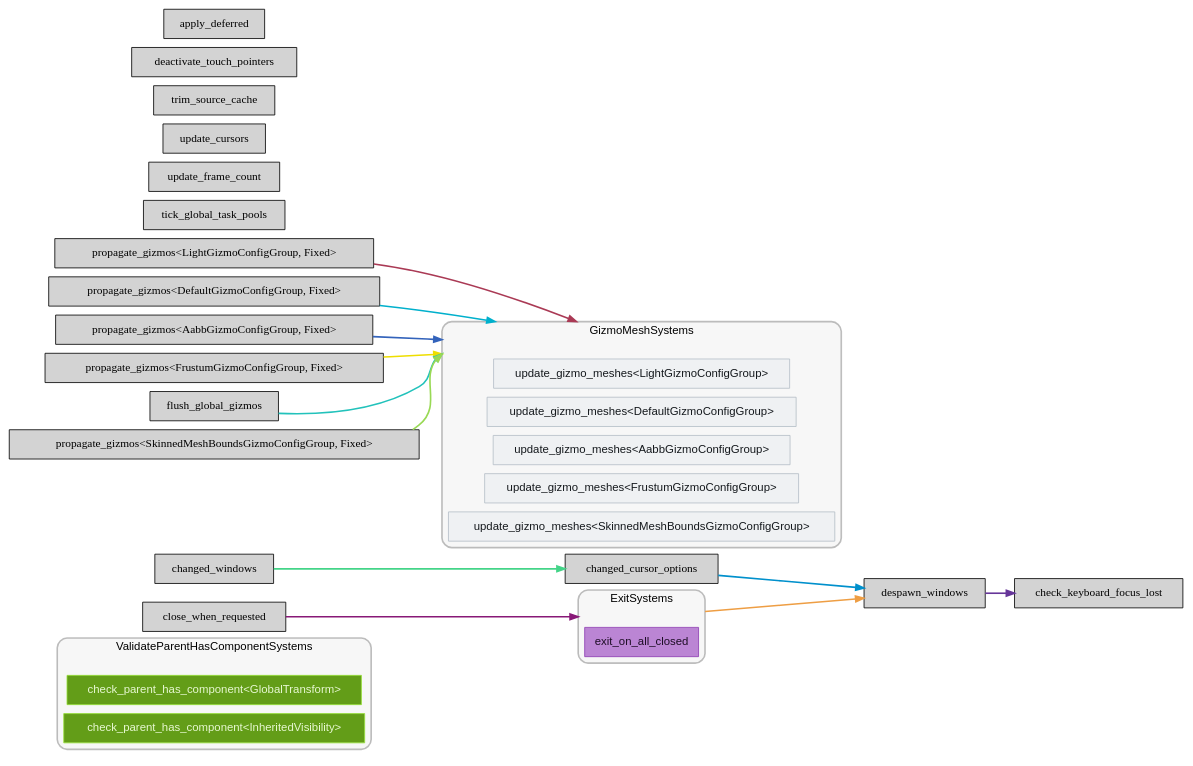
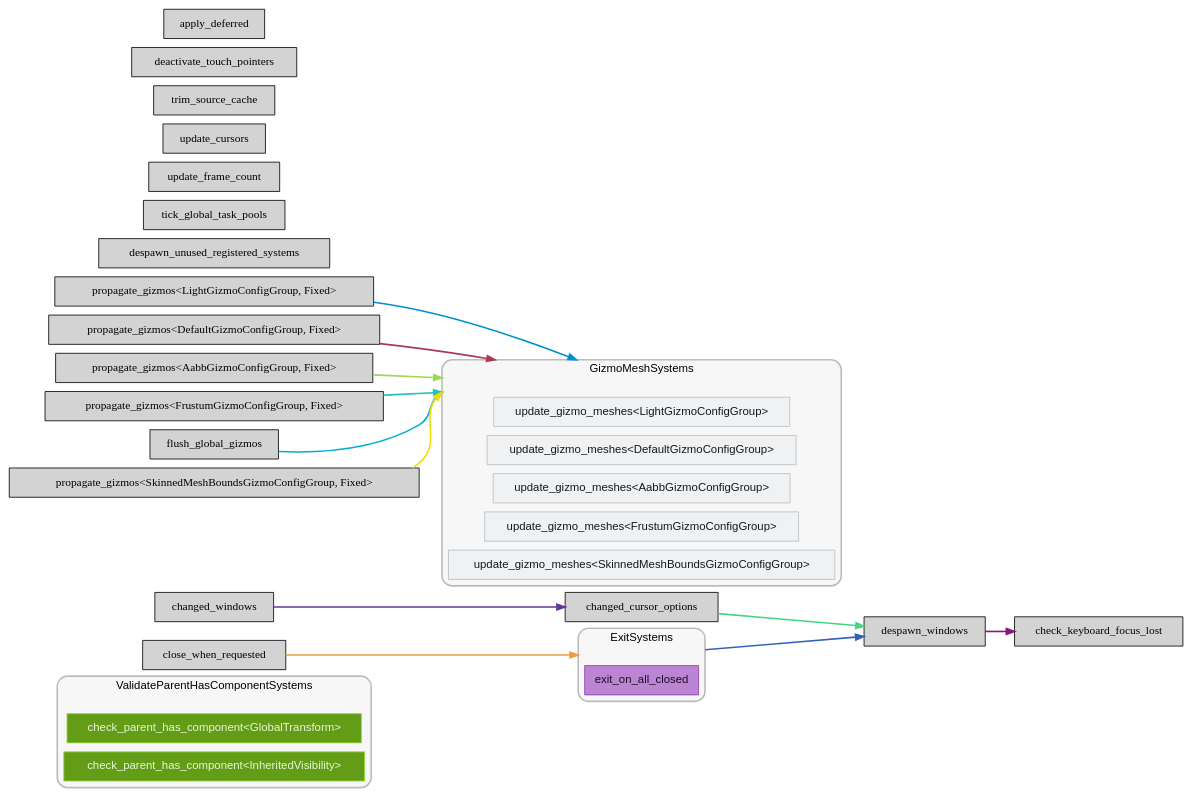
The diagram in docs/schedule/light/schedule_Last.dot (jakobhellermann/bevy_mod_debugdump), drawn with Graphviz before and after one commit. The commit also changed 55 other files, not shown here.

```diff
--- a/docs/schedule/light/schedule_Last.dot
+++ b/docs/schedule/light/schedule_Last.dot
@@ -7,7 +7,7 @@
 	"nodesep"="0.15";
 	edge ["penwidth"="2"];
 	node ["shape"="box", "style"="filled"];
-	subgraph "clusternode_Set(SystemSetKey(4v1))" {
+	subgraph "clusternode_Set(SystemSetKey(5v1))" {
 		"style"="rounded,filled";
 		"label"="ValidateParentHasComponentSystems";
 		"tooltip"="ValidateParentHasComponentSystems";
@@ -15,12 +15,12 @@
 		"fontcolor"="#000000";
 		"color"="#00000040";
 		"penwidth"="2";
-		"set_marker_node_Set(SystemSetKey(4v1))" ["style"="invis", "label"="", "shape"="point"]
-		"node_System(SystemKey(3v1))" ["label"="check_parent_has_component<GlobalTransform>", "tooltip"="bevy_app::hierarchy::check_parent_has_component<bevy_transform::components::global_transform::GlobalTransform>", "fillcolor"="#639d18", "fontname"="Helvetica", "fontcolor"="#e7f8d2", "color"="#98e03a", "penwidth"="1"]
-		"node_System(SystemKey(11v1))" ["label"="check_parent_has_component<InheritedVisibility>", "tooltip"="bevy_app::hierarchy::check_parent_has_component<bevy_camera::visibility::InheritedVisibility>", "fillcolor"="#639d18", "fontname"="Helvetica", "fontcolor"="#e7f8d2", "color"="#98e03a", "penwidth"="1"]
+		"set_marker_node_Set(SystemSetKey(5v1))" ["style"="invis", "label"="", "shape"="point"]
+		"node_System(SystemKey(4v1))" ["label"="check_parent_has_component<GlobalTransform>", "tooltip"="bevy_app::hierarchy::check_parent_has_component<bevy_transform::components::global_transform::GlobalTransform>", "fillcolor"="#639d18", "fontname"="Helvetica", "fontcolor"="#e7f8d2", "color"="#98e03a", "penwidth"="1"]
+		"node_System(SystemKey(12v1))" ["label"="check_parent_has_component<InheritedVisibility>", "tooltip"="bevy_app::hierarchy::check_parent_has_component<bevy_camera::visibility::InheritedVisibility>", "fillcolor"="#639d18", "fontname"="Helvetica", "fontcolor"="#e7f8d2", "color"="#98e03a", "penwidth"="1"]
 	}
 	
-	subgraph "clusternode_Set(SystemSetKey(6v1))" {
+	subgraph "clusternode_Set(SystemSetKey(7v1))" {
 		"style"="rounded,filled";
 		"label"="ExitSystems";
 		"tooltip"="ExitSystems";
@@ -28,11 +28,11 @@
 		"fontcolor"="#000000";
 		"color"="#00000040";
 		"penwidth"="2";
-		"set_marker_node_Set(SystemSetKey(6v1))" ["style"="invis", "label"="", "shape"="point"]
-		"node_System(SystemKey(4v1))" ["label"="exit_on_all_closed", "tooltip"="bevy_window::system::exit_on_all_closed", "fillcolor"="#bb85d4", "fontname"="Helvetica", "fontcolor"="#1d0d25", "color"="#8e3fb3", "penwidth"="1"]
+		"set_marker_node_Set(SystemSetKey(7v1))" ["style"="invis", "label"="", "shape"="point"]
+		"node_System(SystemKey(5v1))" ["label"="exit_on_all_closed", "tooltip"="bevy_window::system::exit_on_all_closed", "fillcolor"="#bb85d4", "fontname"="Helvetica", "fontcolor"="#1d0d25", "color"="#8e3fb3", "penwidth"="1"]
 	}
 	
-	subgraph "clusternode_Set(SystemSetKey(15v1))" {
+	subgraph "clusternode_Set(SystemSetKey(16v1))" {
 		"style"="rounded,filled";
 		"label"="GizmoMeshSystems";
 		"tooltip"="GizmoMeshSystems";
@@ -40,40 +40,41 @@
 		"fontcolor"="#000000";
 		"color"="#00000040";
 		"penwidth"="2";
-		"set_marker_node_Set(SystemSetKey(15v1))" ["style"="invis", "label"="", "shape"="point"]
-		"node_System(SystemKey(13v1))" ["label"="update_gizmo_meshes<LightGizmoConfigGroup>", "tooltip"="bevy_gizmos::update_gizmo_meshes<bevy_light::gizmos::LightGizmoConfigGroup>", "fillcolor"="#eff1f3", "fontname"="Helvetica", "fontcolor"="#15191d", "color"="#b4bec7", "penwidth"="1"]
-		"node_System(SystemKey(16v1))" ["label"="update_gizmo_meshes<DefaultGizmoConfigGroup>", "tooltip"="bevy_gizmos::update_gizmo_meshes<bevy_gizmos::config::DefaultGizmoConfigGroup>", "fillcolor"="#eff1f3", "fontname"="Helvetica", "fontcolor"="#15191d", "color"="#b4bec7", "penwidth"="1"]
-		"node_System(SystemKey(18v1))" ["label"="update_gizmo_meshes<AabbGizmoConfigGroup>", "tooltip"="bevy_gizmos::update_gizmo_meshes<bevy_gizmos::aabb::AabbGizmoConfigGroup>", "fillcolor"="#eff1f3", "fontname"="Helvetica", "fontcolor"="#15191d", "color"="#b4bec7", "penwidth"="1"]
-		"node_System(SystemKey(20v1))" ["label"="update_gizmo_meshes<FrustumGizmoConfigGroup>", "tooltip"="bevy_gizmos::update_gizmo_meshes<bevy_gizmos::frustum::FrustumGizmoConfigGroup>", "fillcolor"="#eff1f3", "fontname"="Helvetica", "fontcolor"="#15191d", "color"="#b4bec7", "penwidth"="1"]
-		"node_System(SystemKey(23v1))" ["label"="update_gizmo_meshes<SkinnedMeshBoundsGizmoConfigGroup>", "tooltip"="bevy_gizmos::update_gizmo_meshes<bevy_gizmos::skinned_mesh_bounds::SkinnedMeshBoundsGizmoConfigGroup>", "fillcolor"="#eff1f3", "fontname"="Helvetica", "fontcolor"="#15191d", "color"="#b4bec7", "penwidth"="1"]
+		"set_marker_node_Set(SystemSetKey(16v1))" ["style"="invis", "label"="", "shape"="point"]
+		"node_System(SystemKey(14v1))" ["label"="update_gizmo_meshes<LightGizmoConfigGroup>", "tooltip"="bevy_gizmos::update_gizmo_meshes<bevy_light::gizmos::LightGizmoConfigGroup>", "fillcolor"="#eff1f3", "fontname"="Helvetica", "fontcolor"="#15191d", "color"="#b4bec7", "penwidth"="1"]
+		"node_System(SystemKey(17v1))" ["label"="update_gizmo_meshes<DefaultGizmoConfigGroup>", "tooltip"="bevy_gizmos::update_gizmo_meshes<bevy_gizmos::config::DefaultGizmoConfigGroup>", "fillcolor"="#eff1f3", "fontname"="Helvetica", "fontcolor"="#15191d", "color"="#b4bec7", "penwidth"="1"]
+		"node_System(SystemKey(19v1))" ["label"="update_gizmo_meshes<AabbGizmoConfigGroup>", "tooltip"="bevy_gizmos::update_gizmo_meshes<bevy_gizmos::aabb::AabbGizmoConfigGroup>", "fillcolor"="#eff1f3", "fontname"="Helvetica", "fontcolor"="#15191d", "color"="#b4bec7", "penwidth"="1"]
+		"node_System(SystemKey(21v1))" ["label"="update_gizmo_meshes<FrustumGizmoConfigGroup>", "tooltip"="bevy_gizmos::update_gizmo_meshes<bevy_gizmos::frustum::FrustumGizmoConfigGroup>", "fillcolor"="#eff1f3", "fontname"="Helvetica", "fontcolor"="#15191d", "color"="#b4bec7", "penwidth"="1"]
+		"node_System(SystemKey(24v1))" ["label"="update_gizmo_meshes<SkinnedMeshBoundsGizmoConfigGroup>", "tooltip"="bevy_gizmos::update_gizmo_meshes<bevy_gizmos::skinned_mesh_bounds::SkinnedMeshBoundsGizmoConfigGroup>", "fillcolor"="#eff1f3", "fontname"="Helvetica", "fontcolor"="#15191d", "color"="#b4bec7", "penwidth"="1"]
 	}
 	
-	"node_System(SystemKey(1v1))" ["label"="tick_global_task_pools", "tooltip"="bevy_app::task_pool_plugin::tick_global_task_pools"]
-	"node_System(SystemKey(2v1))" ["label"="update_frame_count", "tooltip"="bevy_diagnostic::frame_count::update_frame_count"]
-	"node_System(SystemKey(5v1))" ["label"="close_when_requested", "tooltip"="bevy_window::system::close_when_requested"]
-	"node_System(SystemKey(6v1))" ["label"="changed_windows", "tooltip"="bevy_winit::system::changed_windows"]
-	"node_System(SystemKey(7v1))" ["label"="changed_cursor_options", "tooltip"="bevy_winit::system::changed_cursor_options"]
-	"node_System(SystemKey(8v1))" ["label"="despawn_windows", "tooltip"="bevy_winit::system::despawn_windows"]
-	"node_System(SystemKey(9v1))" ["label"="check_keyboard_focus_lost", "tooltip"="bevy_winit::system::check_keyboard_focus_lost"]
-	"node_System(SystemKey(10v1))" ["label"="update_cursors", "tooltip"="bevy_winit::cursor::update_cursors"]
-	"node_System(SystemKey(12v1))" ["label"="propagate_gizmos<LightGizmoConfigGroup, Fixed>", "tooltip"="bevy_gizmos::propagate_gizmos<bevy_light::gizmos::LightGizmoConfigGroup, bevy_time::fixed::Fixed>"]
-	"node_System(SystemKey(14v1))" ["label"="trim_source_cache", "tooltip"="bevy_text::pipeline::trim_source_cache"]
-	"node_System(SystemKey(15v1))" ["label"="propagate_gizmos<DefaultGizmoConfigGroup, Fixed>", "tooltip"="bevy_gizmos::propagate_gizmos<bevy_gizmos::config::DefaultGizmoConfigGroup, bevy_time::fixed::Fixed>"]
-	"node_System(SystemKey(17v1))" ["label"="propagate_gizmos<AabbGizmoConfigGroup, Fixed>", "tooltip"="bevy_gizmos::propagate_gizmos<bevy_gizmos::aabb::AabbGizmoConfigGroup, bevy_time::fixed::Fixed>"]
-	"node_System(SystemKey(19v1))" ["label"="propagate_gizmos<FrustumGizmoConfigGroup, Fixed>", "tooltip"="bevy_gizmos::propagate_gizmos<bevy_gizmos::frustum::FrustumGizmoConfigGroup, bevy_time::fixed::Fixed>"]
-	"node_System(SystemKey(21v1))" ["label"="flush_global_gizmos", "tooltip"="bevy_gizmos::global::flush_global_gizmos"]
-	"node_System(SystemKey(22v1))" ["label"="propagate_gizmos<SkinnedMeshBoundsGizmoConfigGroup, Fixed>", "tooltip"="bevy_gizmos::propagate_gizmos<bevy_gizmos::skinned_mesh_bounds::SkinnedMeshBoundsGizmoConfigGroup, bevy_time::fixed::Fixed>"]
-	"node_System(SystemKey(24v1))" ["label"="deactivate_touch_pointers", "tooltip"="bevy_picking::input::deactivate_touch_pointers"]
-	"node_System(SystemKey(25v1))" ["label"="apply_deferred", "tooltip"="bevy_ecs::apply_deferred"]
-	"node_System(SystemKey(19v1))" -> "set_marker_node_Set(SystemSetKey(15v1))" ["lhead"="clusternode_Set(SystemSetKey(15v1))", "ltail"="", "tooltip"="propagate_gizmos<FrustumGizmoConfigGroup, Fixed> → GizmoMeshSystems", "color"="#eede00"]
-	"node_System(SystemKey(5v1))" -> "set_marker_node_Set(SystemSetKey(6v1))" ["lhead"="clusternode_Set(SystemSetKey(6v1))", "ltail"="", "tooltip"="close_when_requested → ExitSystems", "color"="#881877"]
-	"node_System(SystemKey(15v1))" -> "set_marker_node_Set(SystemSetKey(15v1))" ["lhead"="clusternode_Set(SystemSetKey(15v1))", "ltail"="", "tooltip"="propagate_gizmos<DefaultGizmoConfigGroup, Fixed> → GizmoMeshSystems", "color"="#00b0cc"]
-	"node_System(SystemKey(12v1))" -> "set_marker_node_Set(SystemSetKey(15v1))" ["lhead"="clusternode_Set(SystemSetKey(15v1))", "ltail"="", "tooltip"="propagate_gizmos<LightGizmoConfigGroup, Fixed> → GizmoMeshSystems", "color"="#aa3a55"]
-	"node_System(SystemKey(6v1))" -> "node_System(SystemKey(7v1))" ["lhead"="", "ltail"="", "tooltip"="changed_windows → changed_cursor_options", "color"="#44d488"]
-	"node_System(SystemKey(7v1))" -> "node_System(SystemKey(8v1))" ["lhead"="", "ltail"="", "tooltip"="changed_cursor_options → despawn_windows", "color"="#0090cc"]
-	"set_marker_node_Set(SystemSetKey(6v1))" -> "node_System(SystemKey(8v1))" ["lhead"="", "ltail"="clusternode_Set(SystemSetKey(6v1))", "tooltip"="ExitSystems → despawn_windows", "color"="#ee9e44"]
-	"node_System(SystemKey(8v1))" -> "node_System(SystemKey(9v1))" ["lhead"="", "ltail"="", "tooltip"="despawn_windows → check_keyboard_focus_lost", "color"="#663699"]
-	"node_System(SystemKey(17v1))" -> "set_marker_node_Set(SystemSetKey(15v1))" ["lhead"="clusternode_Set(SystemSetKey(15v1))", "ltail"="", "tooltip"="propagate_gizmos<AabbGizmoConfigGroup, Fixed> → GizmoMeshSystems", "color"="#3363bb"]
-	"node_System(SystemKey(21v1))" -> "set_marker_node_Set(SystemSetKey(15v1))" ["lhead"="clusternode_Set(SystemSetKey(15v1))", "ltail"="", "tooltip"="flush_global_gizmos → GizmoMeshSystems", "color"="#22c2bb"]
-	"node_System(SystemKey(22v1))" -> "set_marker_node_Set(SystemSetKey(15v1))" ["lhead"="clusternode_Set(SystemSetKey(15v1))", "ltail"="", "tooltip"="propagate_gizmos<SkinnedMeshBoundsGizmoConfigGroup, Fixed> → GizmoMeshSystems", "color"="#99d955"]
+	"node_System(SystemKey(1v1))" ["label"="despawn_unused_registered_systems", "tooltip"="bevy_ecs::system::system_registry::despawn_unused_registered_systems"]
+	"node_System(SystemKey(2v1))" ["label"="tick_global_task_pools", "tooltip"="bevy_app::task_pool_plugin::tick_global_task_pools"]
+	"node_System(SystemKey(3v1))" ["label"="update_frame_count", "tooltip"="bevy_diagnostic::frame_count::update_frame_count"]
+	"node_System(SystemKey(6v1))" ["label"="close_when_requested", "tooltip"="bevy_window::system::close_when_requested"]
+	"node_System(SystemKey(7v1))" ["label"="changed_windows", "tooltip"="bevy_winit::system::changed_windows"]
+	"node_System(SystemKey(8v1))" ["label"="changed_cursor_options", "tooltip"="bevy_winit::system::changed_cursor_options"]
+	"node_System(SystemKey(9v1))" ["label"="despawn_windows", "tooltip"="bevy_winit::system::despawn_windows"]
+	"node_System(SystemKey(10v1))" ["label"="check_keyboard_focus_lost", "tooltip"="bevy_winit::system::check_keyboard_focus_lost"]
+	"node_System(SystemKey(11v1))" ["label"="update_cursors", "tooltip"="bevy_winit::cursor::update_cursors"]
+	"node_System(SystemKey(13v1))" ["label"="propagate_gizmos<LightGizmoConfigGroup, Fixed>", "tooltip"="bevy_gizmos::propagate_gizmos<bevy_light::gizmos::LightGizmoConfigGroup, bevy_time::fixed::Fixed>"]
+	"node_System(SystemKey(15v1))" ["label"="trim_source_cache", "tooltip"="bevy_text::pipeline::trim_source_cache"]
+	"node_System(SystemKey(16v1))" ["label"="propagate_gizmos<DefaultGizmoConfigGroup, Fixed>", "tooltip"="bevy_gizmos::propagate_gizmos<bevy_gizmos::config::DefaultGizmoConfigGroup, bevy_time::fixed::Fixed>"]
+	"node_System(SystemKey(18v1))" ["label"="propagate_gizmos<AabbGizmoConfigGroup, Fixed>", "tooltip"="bevy_gizmos::propagate_gizmos<bevy_gizmos::aabb::AabbGizmoConfigGroup, bevy_time::fixed::Fixed>"]
+	"node_System(SystemKey(20v1))" ["label"="propagate_gizmos<FrustumGizmoConfigGroup, Fixed>", "tooltip"="bevy_gizmos::propagate_gizmos<bevy_gizmos::frustum::FrustumGizmoConfigGroup, bevy_time::fixed::Fixed>"]
+	"node_System(SystemKey(22v1))" ["label"="flush_global_gizmos", "tooltip"="bevy_gizmos::global::flush_global_gizmos"]
+	"node_System(SystemKey(23v1))" ["label"="propagate_gizmos<SkinnedMeshBoundsGizmoConfigGroup, Fixed>", "tooltip"="bevy_gizmos::propagate_gizmos<bevy_gizmos::skinned_mesh_bounds::SkinnedMeshBoundsGizmoConfigGroup, bevy_time::fixed::Fixed>"]
+	"node_System(SystemKey(25v1))" ["label"="deactivate_touch_pointers", "tooltip"="bevy_picking::input::deactivate_touch_pointers"]
+	"node_System(SystemKey(26v1))" ["label"="apply_deferred", "tooltip"="bevy_ecs::apply_deferred"]
+	"node_System(SystemKey(23v1))" -> "set_marker_node_Set(SystemSetKey(16v1))" ["lhead"="clusternode_Set(SystemSetKey(16v1))", "ltail"="", "tooltip"="propagate_gizmos<SkinnedMeshBoundsGizmoConfigGroup, Fixed> → GizmoMeshSystems", "color"="#eede00"]
+	"node_System(SystemKey(9v1))" -> "node_System(SystemKey(10v1))" ["lhead"="", "ltail"="", "tooltip"="despawn_windows → check_keyboard_focus_lost", "color"="#881877"]
+	"node_System(SystemKey(22v1))" -> "set_marker_node_Set(SystemSetKey(16v1))" ["lhead"="clusternode_Set(SystemSetKey(16v1))", "ltail"="", "tooltip"="flush_global_gizmos → GizmoMeshSystems", "color"="#00b0cc"]
+	"node_System(SystemKey(16v1))" -> "set_marker_node_Set(SystemSetKey(16v1))" ["lhead"="clusternode_Set(SystemSetKey(16v1))", "ltail"="", "tooltip"="propagate_gizmos<DefaultGizmoConfigGroup, Fixed> → GizmoMeshSystems", "color"="#aa3a55"]
+	"node_System(SystemKey(8v1))" -> "node_System(SystemKey(9v1))" ["lhead"="", "ltail"="", "tooltip"="changed_cursor_options → despawn_windows", "color"="#44d488"]
+	"node_System(SystemKey(13v1))" -> "set_marker_node_Set(SystemSetKey(16v1))" ["lhead"="clusternode_Set(SystemSetKey(16v1))", "ltail"="", "tooltip"="propagate_gizmos<LightGizmoConfigGroup, Fixed> → GizmoMeshSystems", "color"="#0090cc"]
+	"node_System(SystemKey(6v1))" -> "set_marker_node_Set(SystemSetKey(7v1))" ["lhead"="clusternode_Set(SystemSetKey(7v1))", "ltail"="", "tooltip"="close_when_requested → ExitSystems", "color"="#ee9e44"]
+	"node_System(SystemKey(7v1))" -> "node_System(SystemKey(8v1))" ["lhead"="", "ltail"="", "tooltip"="changed_windows → changed_cursor_options", "color"="#663699"]
+	"set_marker_node_Set(SystemSetKey(7v1))" -> "node_System(SystemKey(9v1))" ["lhead"="", "ltail"="clusternode_Set(SystemSetKey(7v1))", "tooltip"="ExitSystems → despawn_windows", "color"="#3363bb"]
+	"node_System(SystemKey(20v1))" -> "set_marker_node_Set(SystemSetKey(16v1))" ["lhead"="clusternode_Set(SystemSetKey(16v1))", "ltail"="", "tooltip"="propagate_gizmos<FrustumGizmoConfigGroup, Fixed> → GizmoMeshSystems", "color"="#22c2bb"]
+	"node_System(SystemKey(18v1))" -> "set_marker_node_Set(SystemSetKey(16v1))" ["lhead"="clusternode_Set(SystemSetKey(16v1))", "ltail"="", "tooltip"="propagate_gizmos<AabbGizmoConfigGroup, Fixed> → GizmoMeshSystems", "color"="#99d955"]
 }
```
